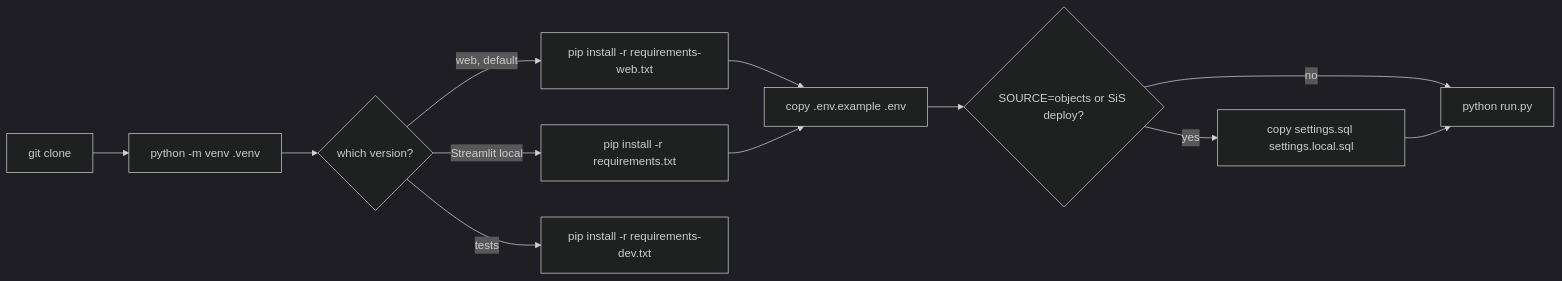
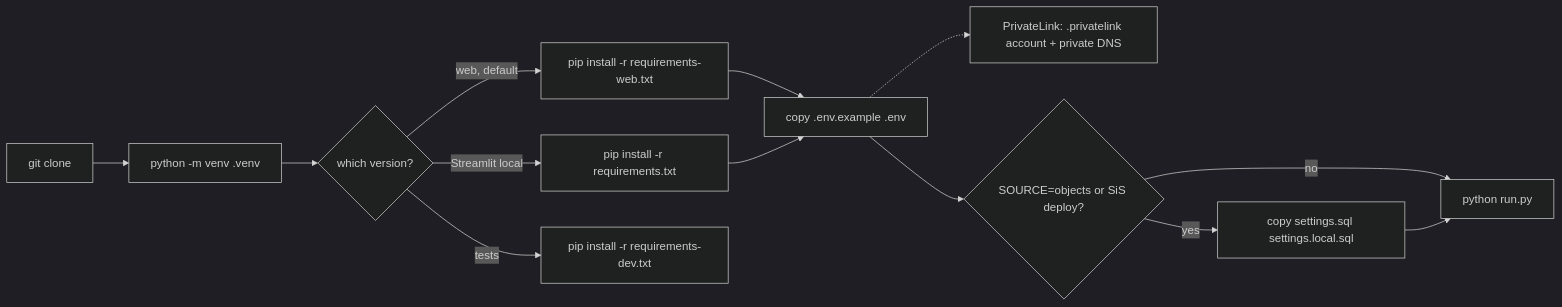
Before and after one commit to darshanmeel/snowflake-access-explorer: the diagram in snowflake-access-explorer-knowledge-graph/processes/setup-local.md, drawn with Mermaid (dark theme). The commit also changed other lines of this file and 24 other files, not shown here.

Commit message:
Knowledge graph: PrivateLink login (README.md and README.html), README line refs refreshed

````diff
--- a/snowflake-access-explorer-knowledge-graph/processes/setup-local.md
+++ b/snowflake-access-explorer-knowledge-graph/processes/setup-local.md
@@ -4,14 +4,15 @@
 ```mermaid
 flowchart LR
   A[git clone] --> B[python -m venv .venv]
   B --> C{which version?}
   C -->|web, default| D[pip install -r requirements-web.txt]
   C -->|Streamlit local| E[pip install -r requirements.txt]
   C -->|tests| F[pip install -r requirements-dev.txt]
   D --> G[copy .env.example .env]
   E --> G
+  G -.-> PL[PrivateLink: .privatelink account + private DNS]
   G --> H{SOURCE=objects or SiS deploy?}
   H -->|yes| I[copy settings.sql settings.local.sql]
   H -->|no| J[python run.py]
   I --> J
 ```
````
